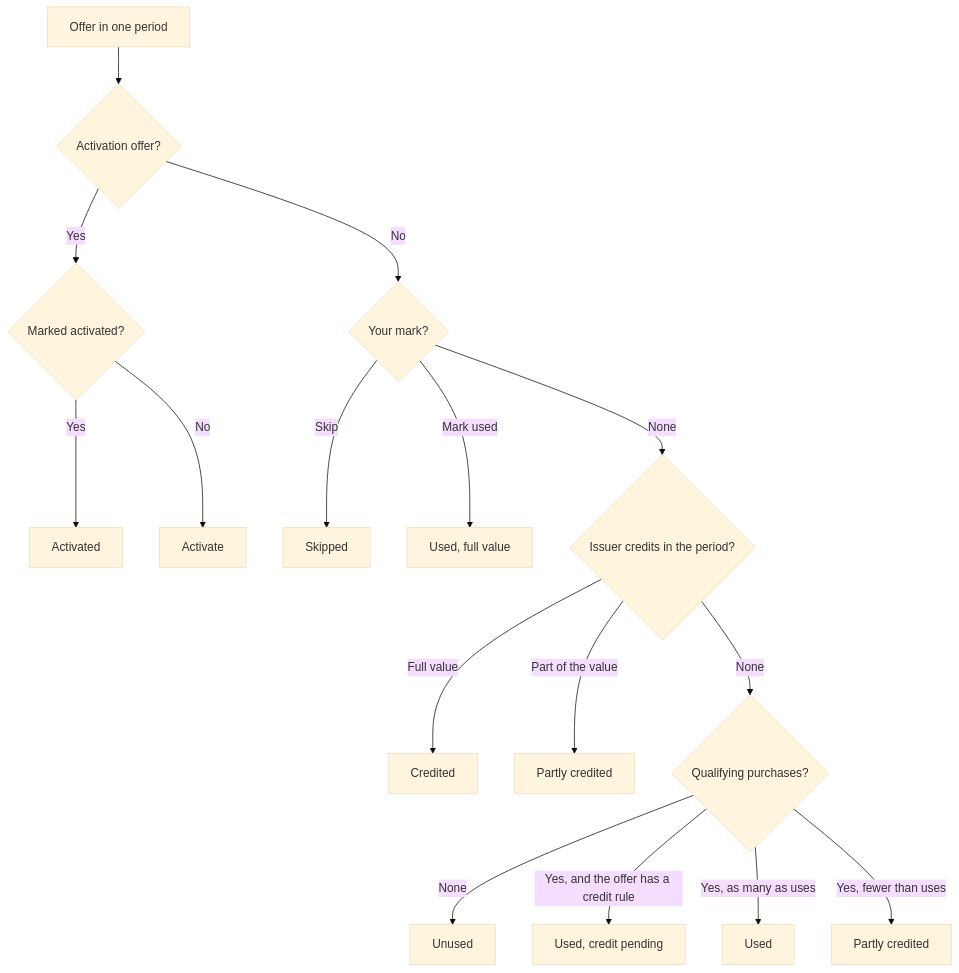
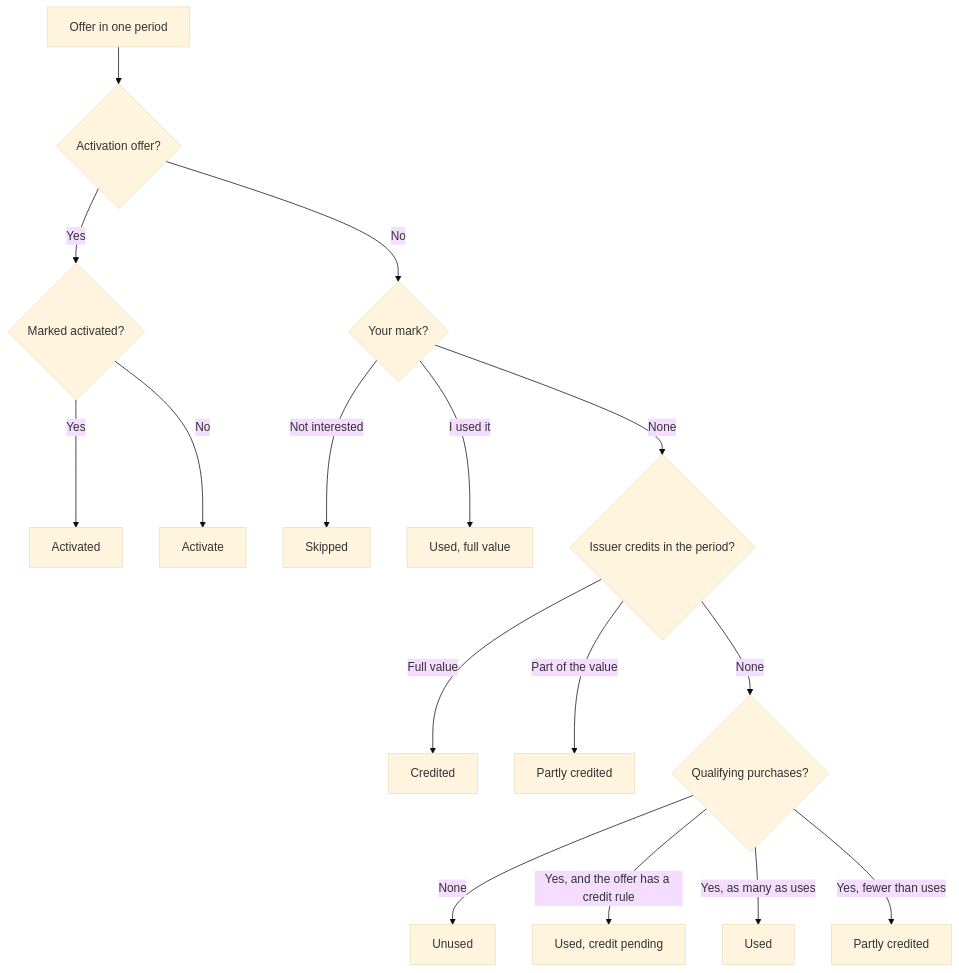
Before and after one commit to nsudhanva/homelab: the fourth of 5 diagrams in docs/src/content/docs/how-to/offers.md, drawn with Mermaid (base theme). The commit also changed other lines of this file and 55 other files, not shown here.

````diff
--- a/docs/src/content/docs/how-to/offers.md
+++ b/docs/src/content/docs/how-to/offers.md
@@ -105,18 +106,18 @@
 ```mermaid
 flowchart TD
   Start["Offer in one period"] --> Kind{"Activation offer?"}
   Kind -- Yes --> Marked{"Marked activated?"}
   Marked -- Yes --> Activated["Activated"]
   Marked -- No --> Activate["Activate"]
   Kind -- No --> Mark{"Your mark?"}
-  Mark -- Skip --> Skipped["Skipped"]
-  Mark -- "Mark used" --> UsedMark["Used, full value"]
+  Mark -- "Not interested" --> Skipped["Skipped"]
+  Mark -- "I used it" --> UsedMark["Used, full value"]
   Mark -- None --> Credit{"Issuer credits in the period?"}
   Credit -- "Full value" --> Credited["Credited"]
   Credit -- "Part of the value" --> Partial["Partly credited"]
   Credit -- None --> Purchase{"Qualifying purchases?"}
   Purchase -- None --> Unused["Unused"]
   Purchase -- "Yes, and the offer has a credit rule" --> Pending["Used, credit pending"]
   Purchase -- "Yes, as many as uses" --> Used["Used"]
   Purchase -- "Yes, fewer than uses" --> PartUse["Partly credited"]
 ```
````
